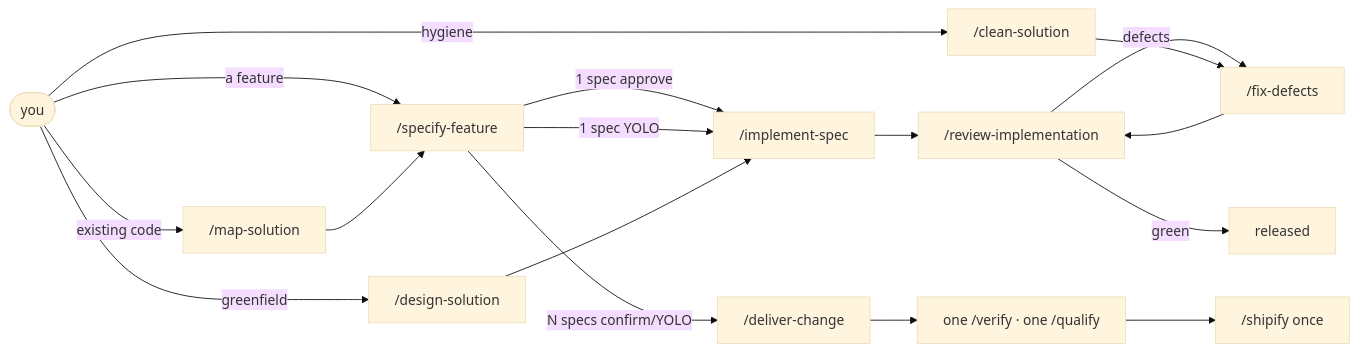
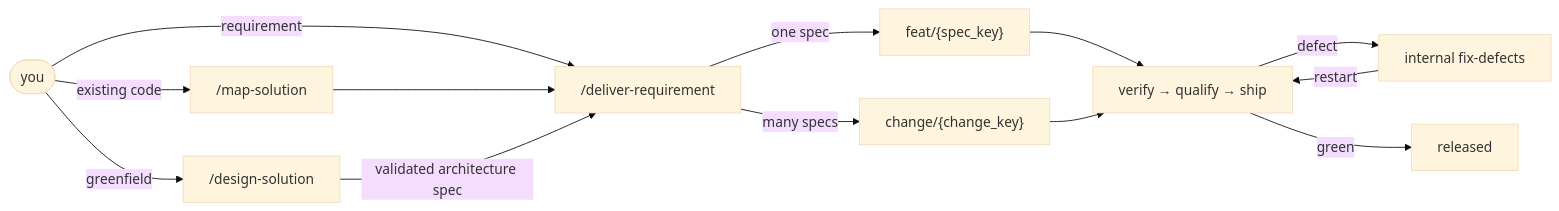
The diagram in docs/AIDD.workflow.md (AIDDbot/AIDDbot), drawn with Mermaid (base theme) before and after one commit. The commit also changed other lines of this file and 97 other files, not shown here.

````diff
--- a/docs/AIDD.workflow.md
+++ b/docs/AIDD.workflow.md
@@ -39,20 +30,15 @@
 ```mermaid
 flowchart LR
-  YOU([you])
-  YOU -->|existing code| MAP["/map-solution"]
-  YOU -->|greenfield| DES["/design-solution"]
-  YOU -->|a feature| FEAT["/specify-feature"]
-  MAP --> FEAT
-  FEAT -->|1 spec approve| IMP["/implement-spec"]
-  FEAT -->|1 spec YOLO| IMP
-  FEAT -->|N specs confirm/YOLO| DEL["/deliver-change"]
-  DES --> IMP
-  IMP --> REV["/review-implementation"]
-  DEL --> REVB["one /verify · one /qualify"]
-  REVB --> SHIP["/shipify once"]
-  REV -->|defects| FIX["/fix-defects"]
-  FIX --> REV
-  REV -->|green| REL[released]
-  YOU -->|hygiene| CLEAN["/clean-solution"]
-  CLEAN --> FIX
+  YOU([you]) -->|existing code| MAP["/map-solution"]
+  YOU -->|greenfield| DESIGN["/design-solution"]
+  YOU -->|requirement| DELIVER["/deliver-requirement"]
+  MAP --> DELIVER
+  DESIGN -->|validated architecture spec| DELIVER
+  DELIVER -->|one spec| FEAT["feat/{spec_key}"]
+  DELIVER -->|many specs| CHANGE["change/{change_key}"]
+  FEAT --> REVIEW["verify → qualify → ship"]
+  CHANGE --> REVIEW
+  REVIEW -->|defect| FIX["internal fix-defects"]
+  FIX -->|restart| REVIEW
+  REVIEW -->|green| RELEASED[released]
 ```
````
